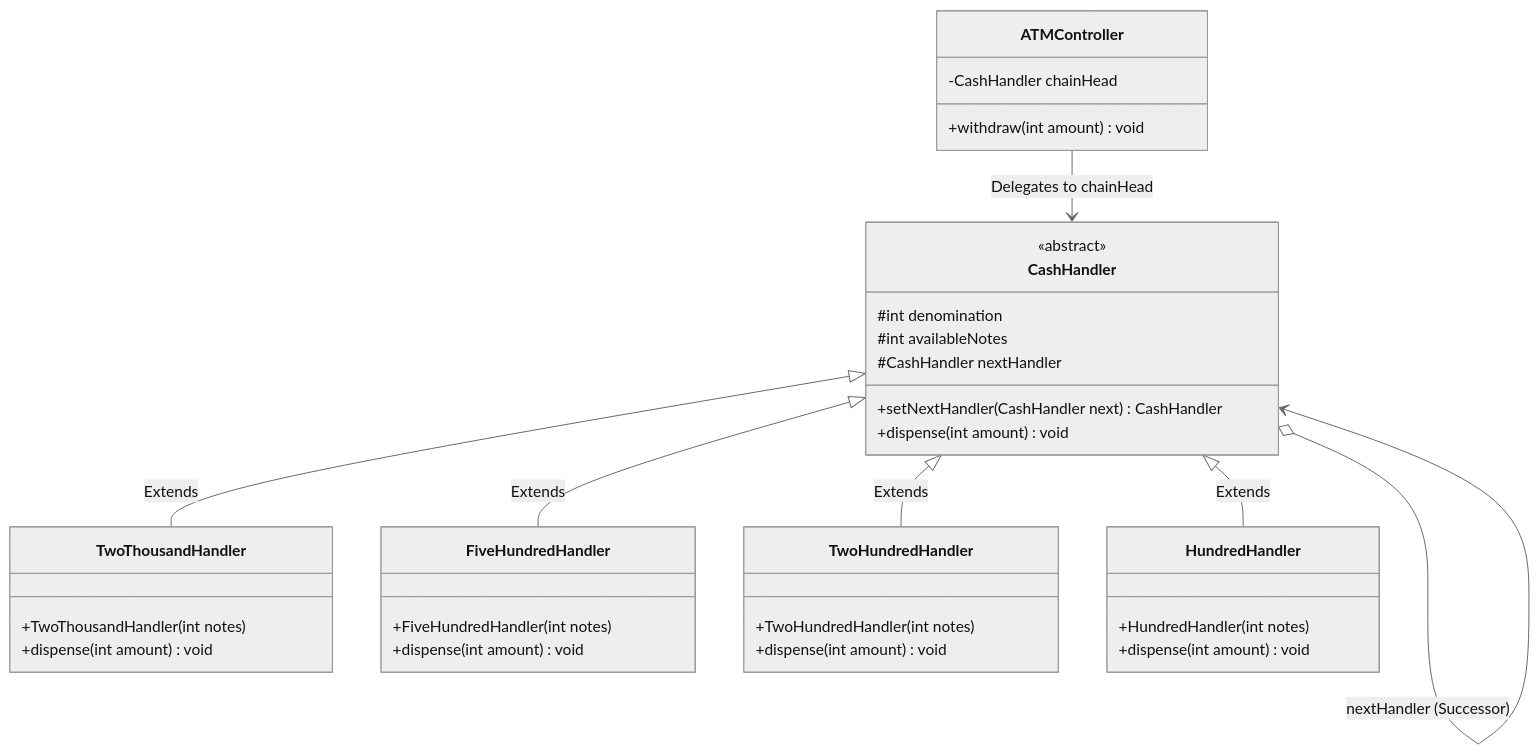
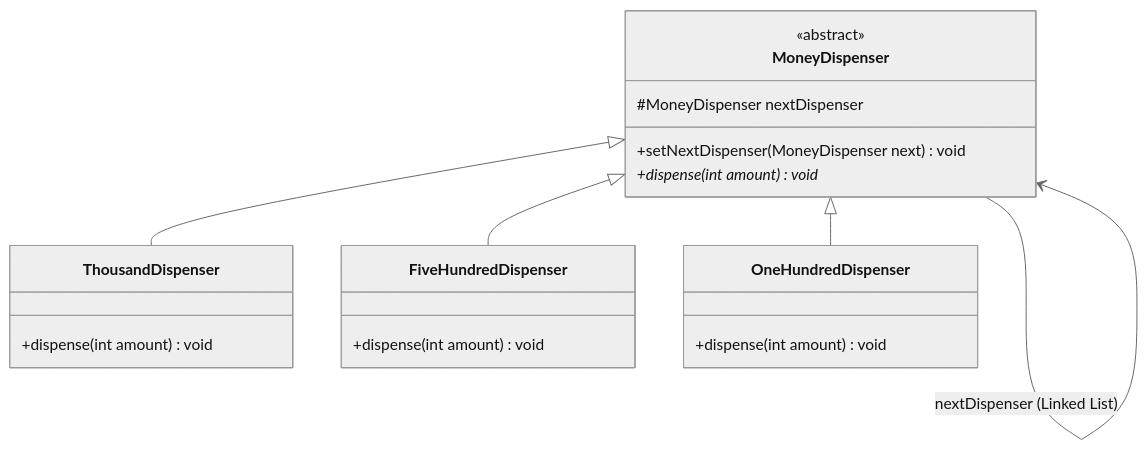
Before and after one commit to rohithgowda18/Notes: the diagram in 04-OOPs-and-Design-Patterns/03-Design-Patterns/22-Chain-of-Responsibility-Pattern.md, drawn with Mermaid (neutral theme). The commit also changed other lines of this file and 39 other files, not shown here.

````diff
--- a/04-OOPs-and-Design-Patterns/03-Design-Patterns/22-Chain-of-Responsibility-Pattern.md
+++ b/04-OOPs-and-Design-Patterns/03-Design-Patterns/22-Chain-of-Responsibility-Pattern.md
@@ -117,43 +70,26 @@
 ```mermaid
 classDiagram
-    class CashHandler {
+    class MoneyDispenser {
         <<abstract>>
-        #int denomination
-        #int availableNotes
-        #CashHandler nextHandler
-        +setNextHandler(CashHandler next) CashHandler
+        #MoneyDispenser nextDispenser
+        +setNextDispenser(MoneyDispenser next) void
+        +dispense(int amount)* void
+    }
+
+    class ThousandDispenser {
         +dispense(int amount) void
     }
 
-    class TwoThousandHandler {
-        +TwoThousandHandler(int notes)
+    class FiveHundredDispenser {
         +dispense(int amount) void
     }
 
-    class FiveHundredHandler {
-        +FiveHundredHandler(int notes)
+    class OneHundredDispenser {
         +dispense(int amount) void
     }
 
-    class TwoHundredHandler {
-        +TwoHundredHandler(int notes)
-        +dispense(int amount) void
-    }
-
-    class HundredHandler {
-        +HundredHandler(int notes)
-        +dispense(int amount) void
-    }
-
-    class ATMController {
-        -CashHandler chainHead
-        +withdraw(int amount) void
-    }
-
-    CashHandler <|-- TwoThousandHandler : Extends
-    CashHandler <|-- FiveHundredHandler : Extends
-    CashHandler <|-- TwoHundredHandler : Extends
-    CashHandler <|-- HundredHandler : Extends
-    CashHandler o--> CashHandler : nextHandler (Successor)
-    ATMController --> CashHandler : Delegates to chainHead
+    MoneyDispenser <|-- ThousandDispenser
+    MoneyDispenser <|-- FiveHundredDispenser
+    MoneyDispenser <|-- OneHundredDispenser
+    MoneyDispenser --> MoneyDispenser : nextDispenser (Linked List)
 ```
````
